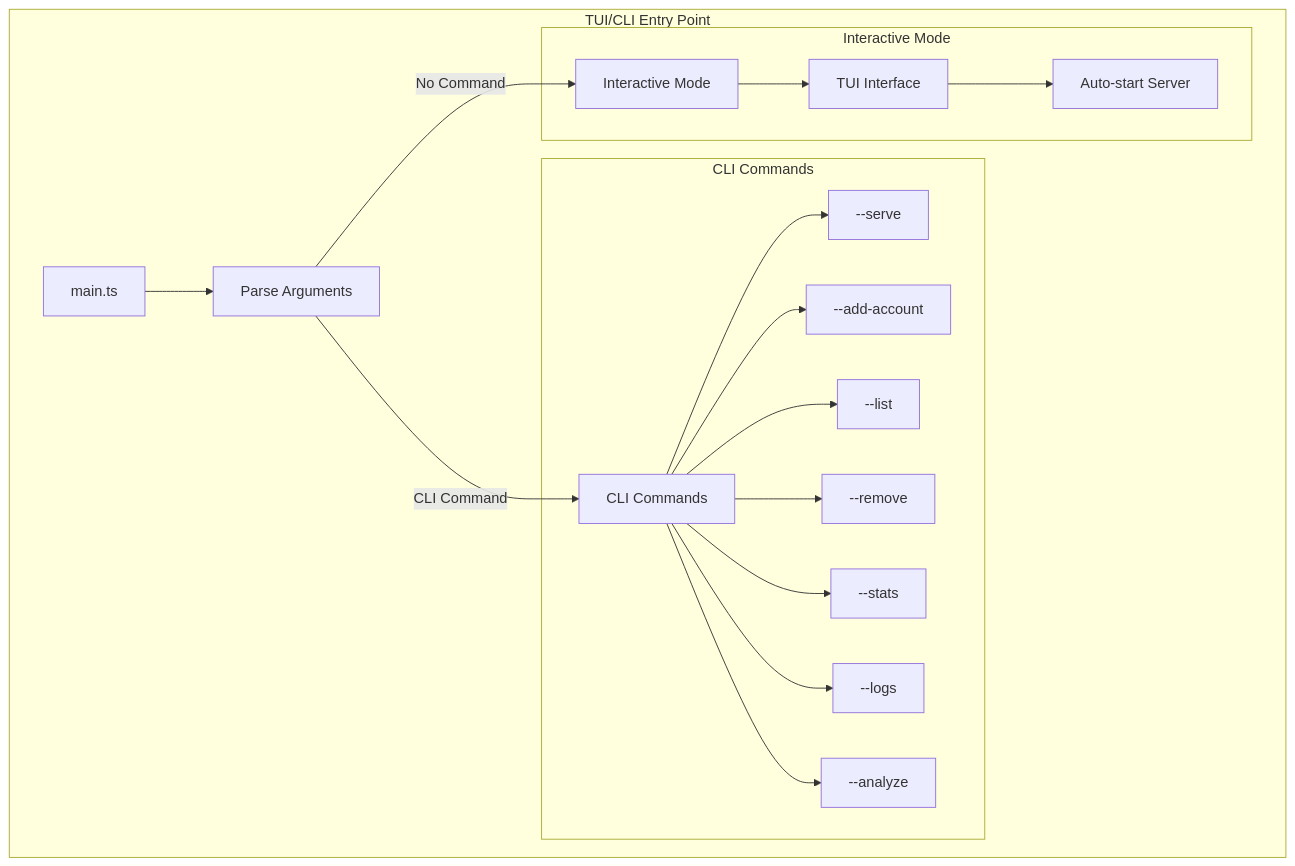
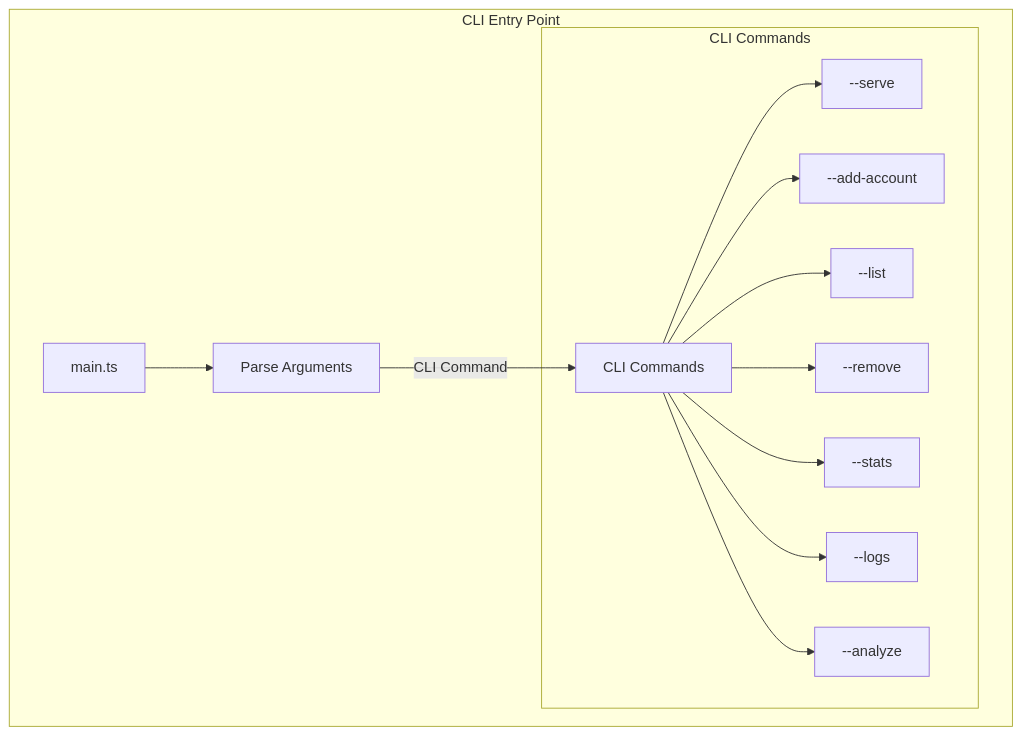
Before and after one commit to tombii/better-ccflare: the fourth of 25 diagrams in docs/architecture.md, drawn with Mermaid. The commit also changed other lines of this file and 1 other file, not shown here.

First line of the commit message:
docs: complete TUI reference removal from core documentation

````diff
--- a/docs/architecture.md
+++ b/docs/architecture.md
@@ -231,40 +230,30 @@
 ```mermaid
 graph TB
     %% Entry Point
-    subgraph "TUI/CLI Entry Point"
+    subgraph "CLI Entry Point"
         MAIN[main.ts]
         ARGS[Parse Arguments]
 
         %% CLI Commands group
         subgraph "CLI Commands"
             CLI_CMDS[CLI Commands]
             SERVE[--serve]
             ADD[--add-account]
             LIST[--list]
             REMOVE[--remove]
             STATS[--stats]
             LOGS[--logs]
             ANALYZE[--analyze]
             CLI_CMDS --> SERVE
             CLI_CMDS --> ADD
             CLI_CMDS --> LIST
             CLI_CMDS --> REMOVE
             CLI_CMDS --> STATS
             CLI_CMDS --> LOGS
             CLI_CMDS --> ANALYZE
         end
-
-        %% Interactive Mode group
-        subgraph "Interactive Mode"
-            INT_MODE[Interactive Mode]
-            TUI[TUI Interface]
-            AUTO_SERVER[Auto-start Server]
-            INT_MODE --> TUI
-            TUI --> AUTO_SERVER
-        end
     end
 
     MAIN --> ARGS
     ARGS -->|CLI Command| CLI_CMDS
-    ARGS -->|No Command| INT_MODE
 ```
````
